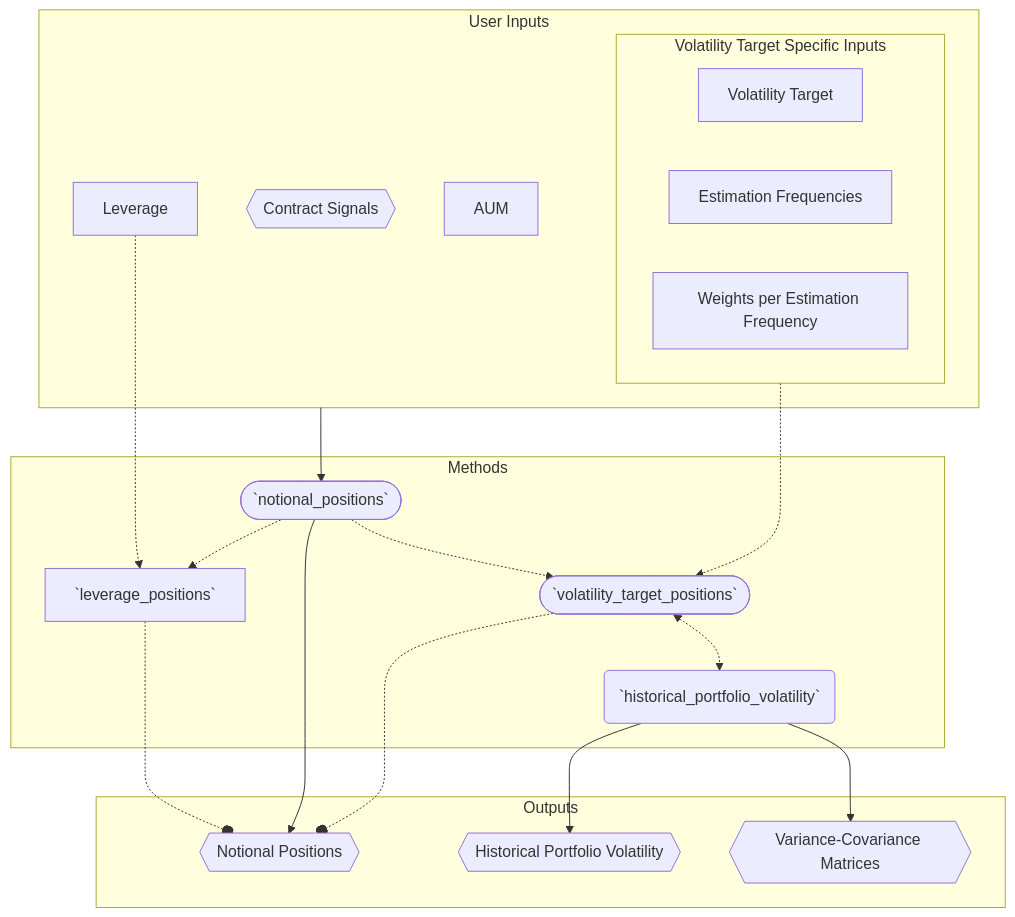
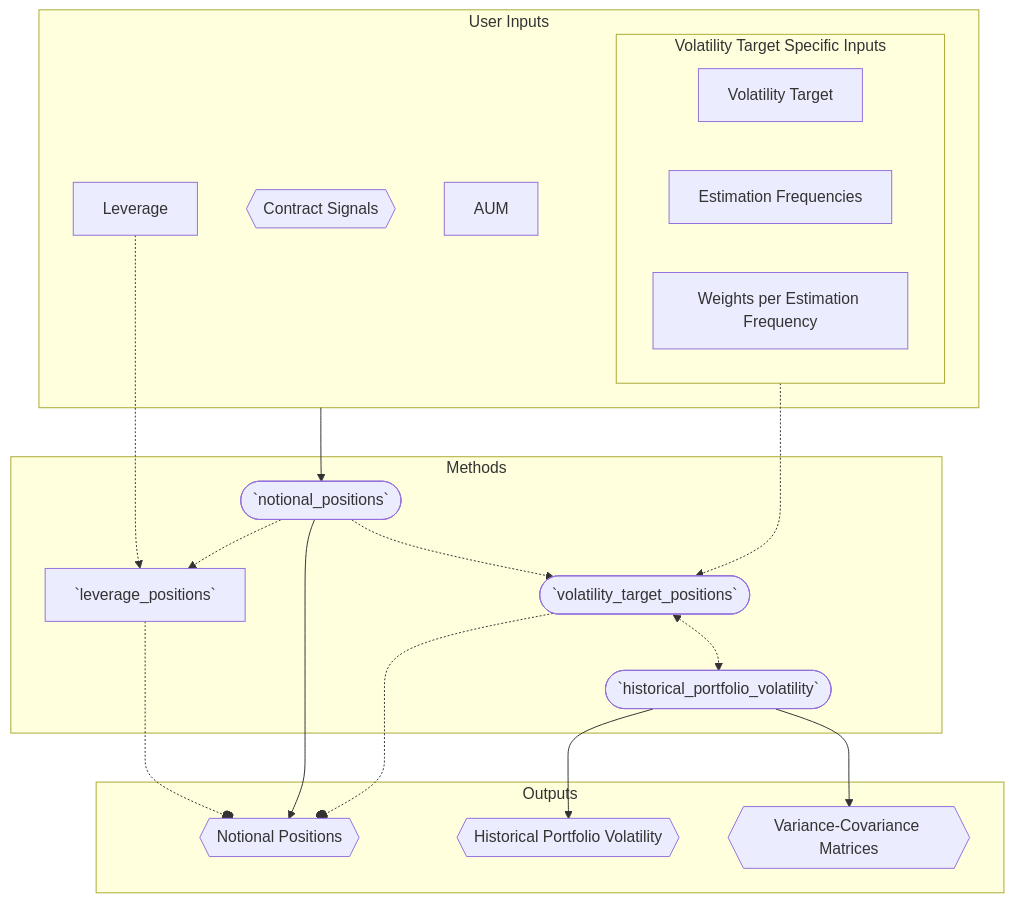
One commit to macrosynergy/macrosynergy changed the third of 5 diagrams in macrosynergy/pnl/README.md. Above: the diagram before and after it, drawn with Mermaid. The commit also changed other lines of this file, not shown here.

````diff
--- a/macrosynergy/pnl/README.md
+++ b/macrosynergy/pnl/README.md
@@ -71,54 +95,54 @@
 ```{mermaid}
 flowchart TD
   CS{{Contract Signals}}
   AUM[AUM]
   LVG[Leverage]
   LVGfunc[`leverage_positions`]
   VT[Volatility Target]
-  HPVfunc(`historical_portfolio_volatility`)
+  HPVfunc([`historical_portfolio_volatility`])
   VTPOSfunc([`volatility_target_positions`])
   NP{{Notional Positions}}
   HPV{{Historical Portfolio Volatility}}
   VCV{{Variance-Covariance Matrices}}
   ESTF[Estimation Frequencies]
   ESTW[Weights per Estimation Frequency]
   NPfunc([`notional_positions`])
     VT_UINP -.-> VTPOSfunc
     LVG -.-> LVGfunc
 
 
     subgraph NP_UINP[User Inputs]
       LVG
       AUM
       CS
       subgraph VT_UINP[Volatility Target Specific Inputs]
         VT
         ESTF
         ESTW
       end
     end
     subgraph NP_METHODS[Methods]
       NPfunc
 
       LVGfunc
       VTPOSfunc
       HPVfunc
     end
 
     subgraph OUTPUTS[Outputs]
       NP
       HPV
       VCV
     end
     NPfunc -.-> VTPOSfunc
 
     HPVfunc --> HPV
     HPVfunc --> VCV
     NPfunc -.-> LVGfunc
     VTPOSfunc <-.-> HPVfunc
 
     LVGfunc -.-o NP
     NPfunc --> NP
     VTPOSfunc -.-o NP
     NP_UINP --> NPfunc
 ```
````
